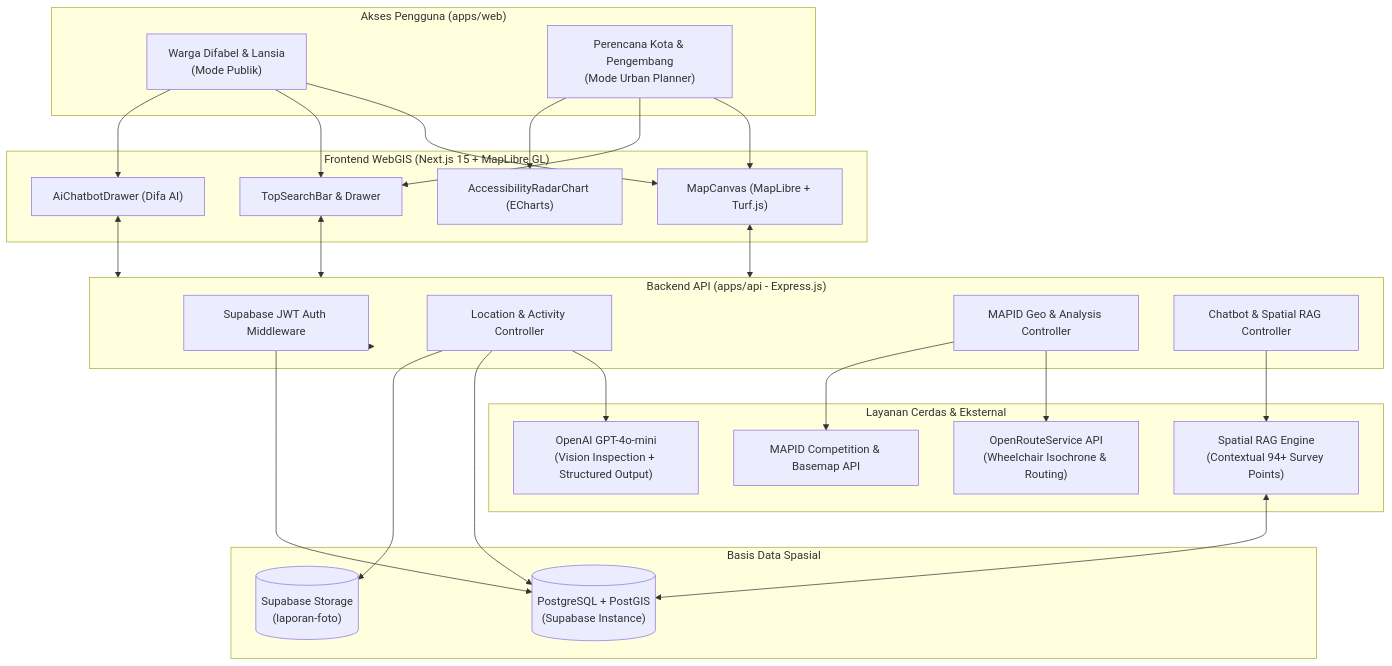
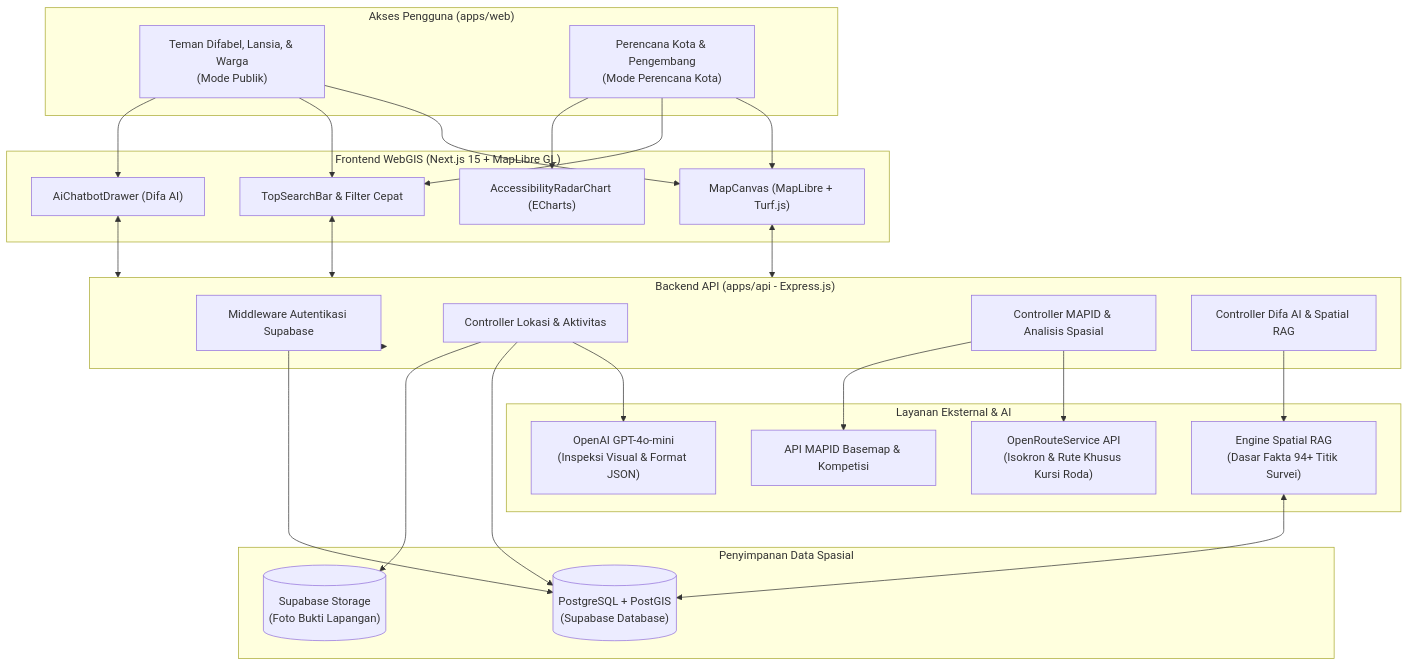
The second of 2 diagrams in README.md (Cerobong-Asap-Mapid-WebGis-Competition/DifaMap), drawn with Mermaid before and after one commit. The commit also changed other lines of this file and 1 other file, not shown here.

````diff
--- a/README.md
+++ b/README.md
@@ -112,50 +114,50 @@
 ```mermaid
 flowchart TD
     subgraph Clients ["Akses Pengguna (apps/web)"]
-        U1["Warga Difabel & Lansia<br/>(Mode Publik)"]
-        U2["Perencana Kota & Pengembang<br/>(Mode Urban Planner)"]
+        U1["Teman Difabel, Lansia, & Warga<br/>(Mode Publik)"]
+        U2["Perencana Kota & Pengembang<br/>(Mode Perencana Kota)"]
     end
 
     subgraph Frontend ["Frontend WebGIS (Next.js 15 + MapLibre GL)"]
         UI_Map["MapCanvas (MapLibre + Turf.js)"]
-        UI_Filter["TopSearchBar & Drawer"]
+        UI_Filter["TopSearchBar & Filter Cepat"]
         UI_Chat["AiChatbotDrawer (Difa AI)"]
         UI_Chart["AccessibilityRadarChart (ECharts)"]
     end
 
     subgraph Gateway ["Backend API (apps/api - Express.js)"]
-        AuthMid["Supabase JWT Auth Middleware"]
-        LocCtrl["Location & Activity Controller"]
-        MapCtrl["MAPID Geo & Analysis Controller"]
-        ChatCtrl["Chatbot & Spatial RAG Controller"]
+        AuthMid["Middleware Autentikasi Supabase"]
+        LocCtrl["Controller Lokasi & Aktivitas"]
+        MapCtrl["Controller MAPID & Analisis Spasial"]
+        ChatCtrl["Controller Difa AI & Spatial RAG"]
     end
 
-    subgraph Intelligence ["Layanan Cerdas & Eksternal"]
-        OpenAI_Vision["OpenAI GPT-4o-mini<br/>(Vision Inspection + Structured Output)"]
-        OpenAI_RAG["Spatial RAG Engine<br/>(Contextual 94+ Survey Points)"]
-        ORS["OpenRouteService API<br/>(Wheelchair Isochrone & Routing)"]
-        MAPID_API["MAPID Competition & Basemap API"]
+    subgraph Intelligence ["Layanan Eksternal & AI"]
+        OpenAI_Vision["OpenAI GPT-4o-mini<br/>(Inspeksi Visual & Format JSON)"]
+        OpenAI_RAG["Engine Spatial RAG<br/>(Dasar Fakta 94+ Titik Survei)"]
+        ORS["OpenRouteService API<br/>(Isokron & Rute Khusus Kursi Roda)"]
+        MAPID_API["API MAPID Basemap & Kompetisi"]
     end
 
-    subgraph Storage ["Basis Data Spasial"]
-        PG[("PostgreSQL + PostGIS<br/>(Supabase Instance)")]
-        Bucket[("Supabase Storage<br/>(laporan-foto)")]
+    subgraph Storage ["Penyimpanan Data Spasial"]
+        PG[("PostgreSQL + PostGIS<br/>(Supabase Database)")]
+        Bucket[("Supabase Storage<br/>(Foto Bukti Lapangan)")]
     end
 
     U1 --> UI_Map & UI_Filter & UI_Chat
     U2 --> UI_Map & UI_Filter & UI_Chart
 
     UI_Map <--> Gateway
     UI_Filter <--> Gateway
     UI_Chat <--> Gateway
 
     Gateway --> AuthMid
     AuthMid --> PG
     LocCtrl --> OpenAI_Vision
     LocCtrl --> PG
     LocCtrl --> Bucket
     MapCtrl --> ORS
     MapCtrl --> MAPID_API
     ChatCtrl --> OpenAI_RAG
     OpenAI_RAG <--> PG
 ```
````
